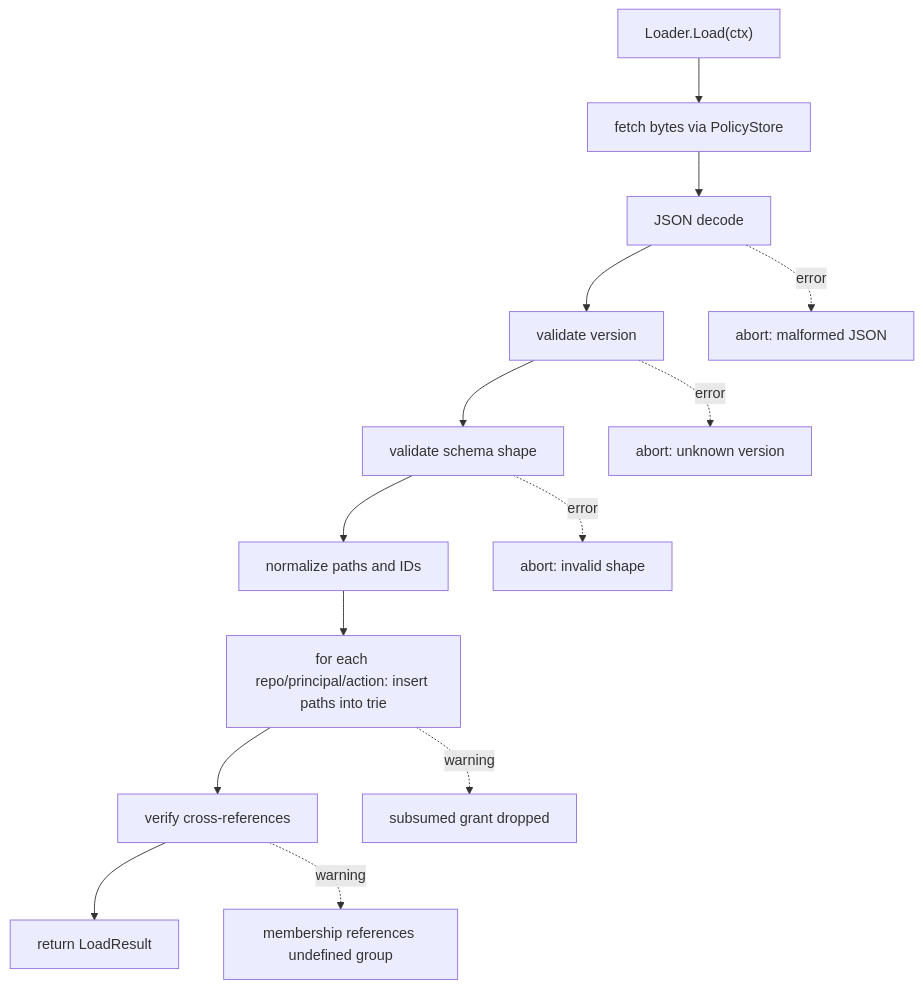
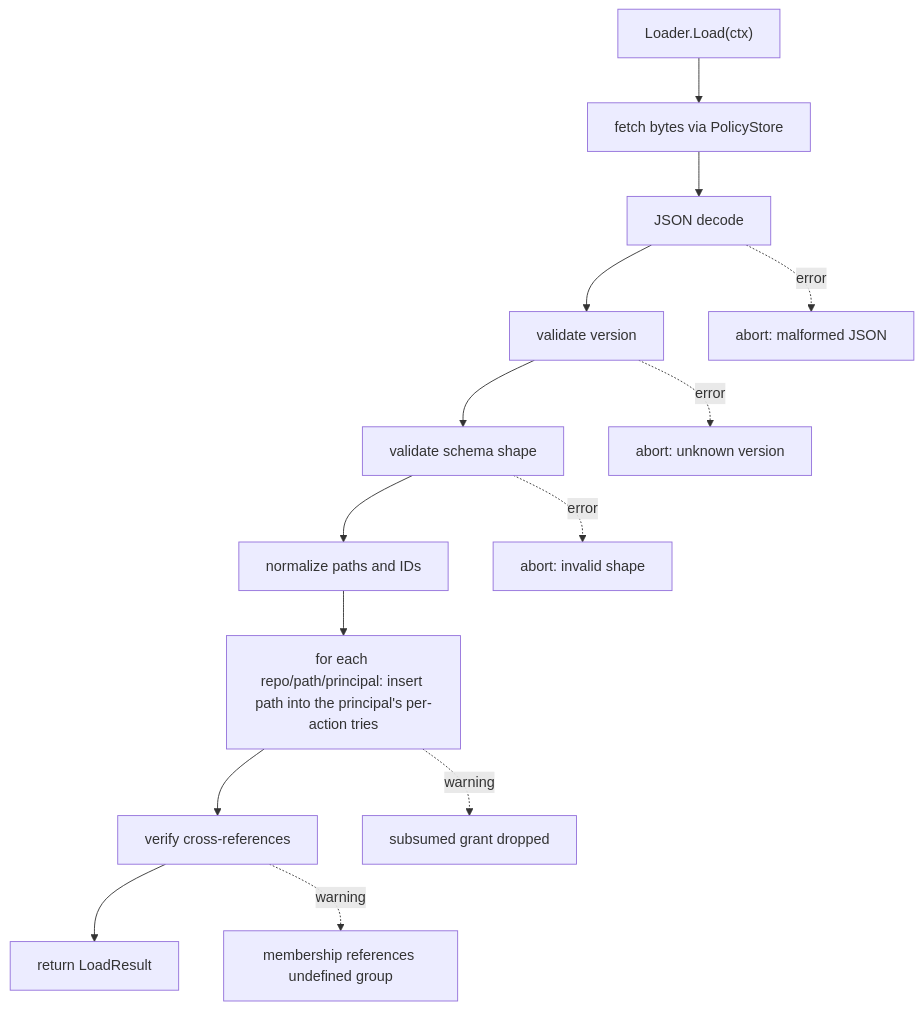
The seventh of 7 diagrams in docs/auth-design.md (vansh2026-QE/git-lfs-server), drawn with Mermaid before and after one commit. The commit also changed other lines of this file and 14 other files, not shown here.

````diff
--- a/docs/auth-design.md
+++ b/docs/auth-design.md
@@ -750,16 +743,16 @@
 ```mermaid
 flowchart TD
     Start["Loader.Load(ctx)"] --> Bytes[fetch bytes via PolicyStore]
     Bytes --> Decode[JSON decode]
     Decode --> Version[validate version]
     Version --> Schema[validate schema shape]
     Schema --> Normalize[normalize paths and IDs]
-    Normalize --> Build[for each repo/principal/action: insert paths into trie]
+    Normalize --> Build[for each repo/path/principal: insert path into the principal's per-action tries]
     Build --> Cross[verify cross-references]
     Cross --> Result[return LoadResult]
     Build -.warning.-> WSub[subsumed grant dropped]
     Cross -.warning.-> WUndef[membership references undefined group]
     Decode -.error.-> EDec[abort: malformed JSON]
     Version -.error.-> EVer[abort: unknown version]
     Schema -.error.-> ESch[abort: invalid shape]
 ```
````
